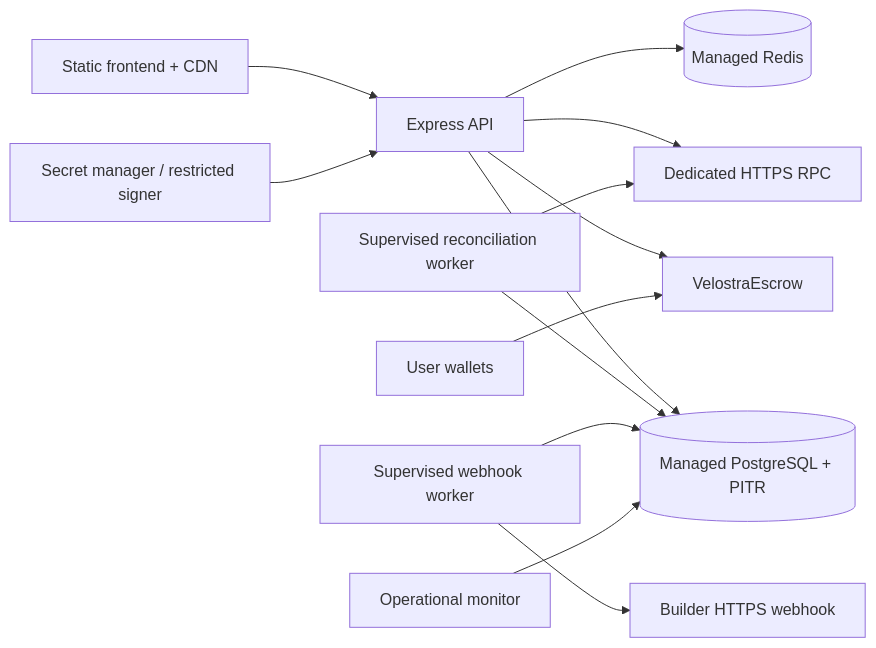
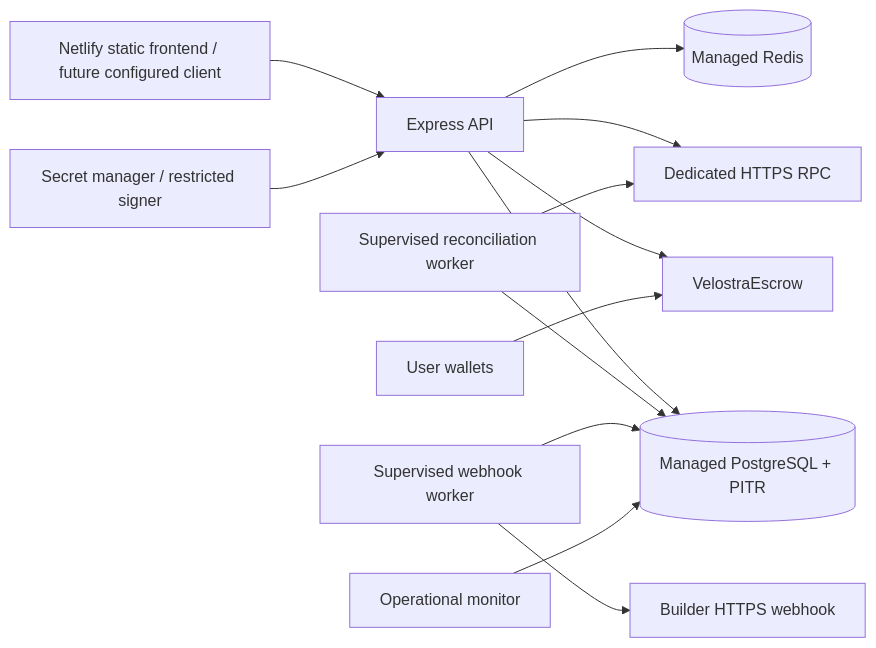
One commit to velostralabs/velostra changed the diagram in docs/DEPLOYMENT.md. Above: the diagram before and after it, drawn with Mermaid. The commit also changed other lines of this file and 28 other files, not shown here.

````diff
--- a/docs/DEPLOYMENT.md
+++ b/docs/DEPLOYMENT.md
@@ -37,15 +39,15 @@
 ```mermaid
 flowchart LR
-    CDN["Static frontend + CDN"] --> API["Express API"]
+    CDN["Netlify static frontend / future configured client"] --> API["Express API"]
     API --> PG[(Managed PostgreSQL + PITR)]
     API --> REDIS[(Managed Redis)]
     API --> RPC["Dedicated HTTPS RPC"]
     WORKER["Supervised reconciliation worker"] --> PG
     WORKER --> RPC
     HOOKS["Supervised webhook worker"] --> PG
     HOOKS --> RECEIVER["Builder HTTPS webhook"]
     MONITOR["Operational monitor"] --> PG
     API --> ESCROW["VelostraEscrow"]
     WALLETS["User wallets"] --> ESCROW
     SECRETS["Secret manager / restricted signer"] --> API
 ```
````
